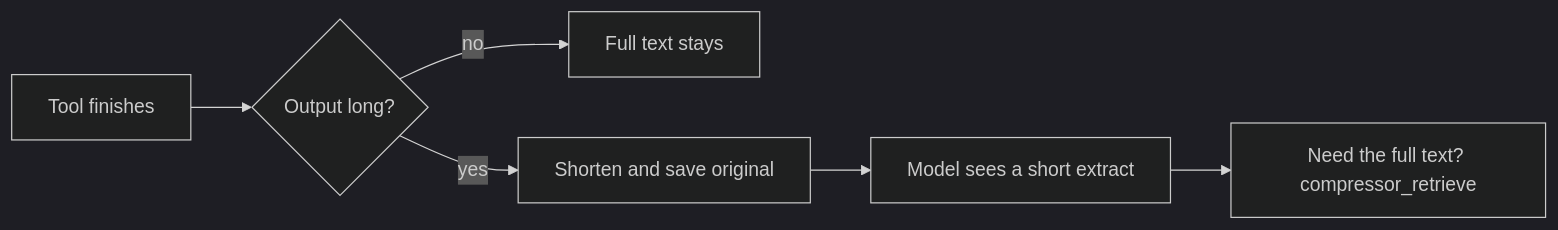
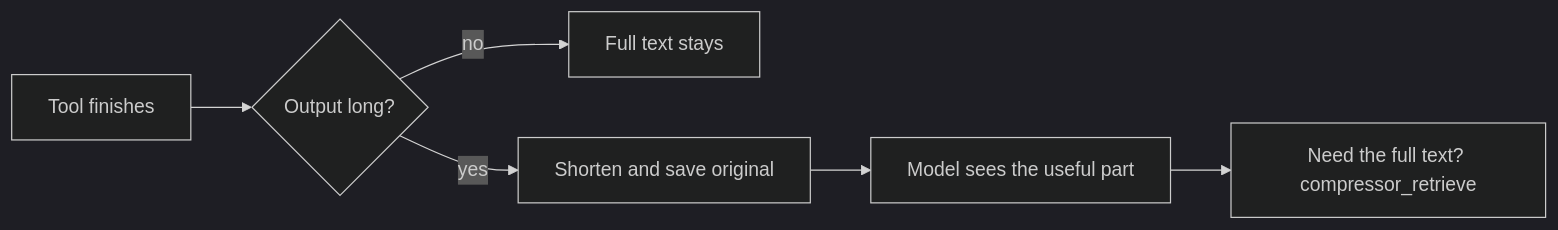
Before and after one commit to lifeodyssey/headroom: the diagram in README.md, drawn with Mermaid (dark theme). The commit also changed other lines of this file and 3 other files, not shown here.

````diff
--- a/README.md
+++ b/README.md
@@ -33,8 +20,8 @@
 ```mermaid
 flowchart LR
   A[Tool finishes] --> B{Output long?}
   B -->|no| C[Full text stays]
   B -->|yes| D[Shorten and save original]
-  D --> E[Model sees a short extract]
+  D --> E[Model sees the useful part]
   E --> F[Need the full text? compressor_retrieve]
 ```
````
